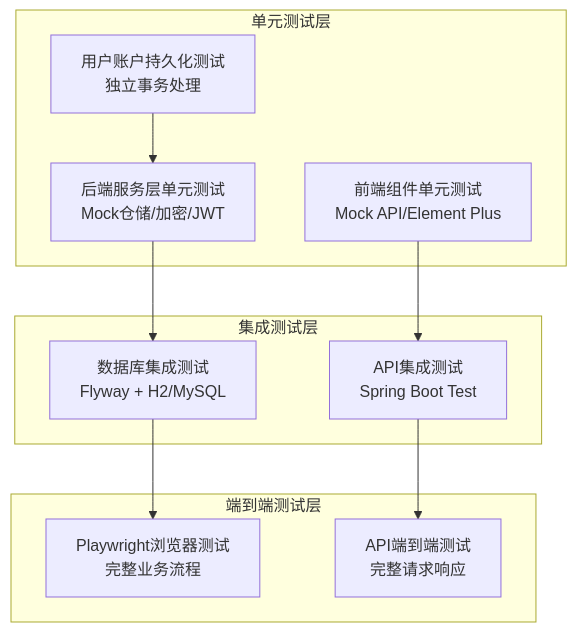
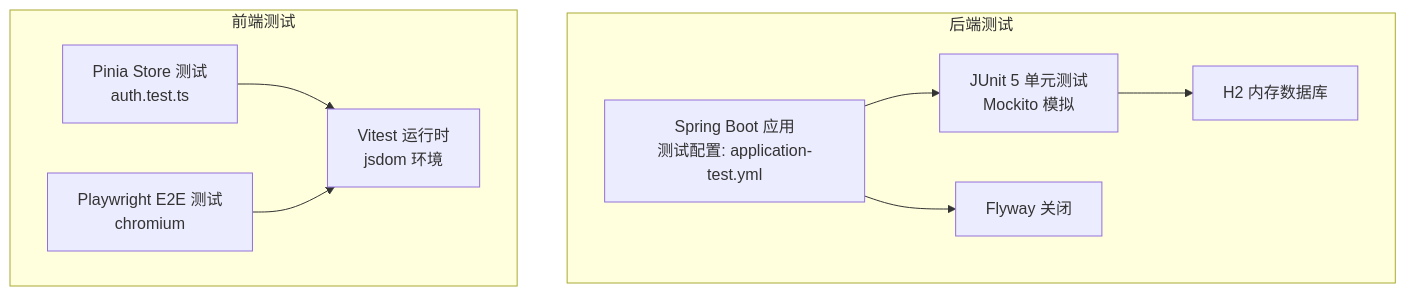
One commit to koala-xiong/communication-qoder changed the first of 6 diagrams in .qoder/repowiki/zh/content/测试策略/测试策略.md. Above: the diagram before and after it, drawn with Mermaid. The commit also changed other lines of this file and 73 other files, not shown here.

````diff
--- a/.qoder/repowiki/zh/content/测试策略/测试策略.md
+++ b/.qoder/repowiki/zh/content/测试策略/测试策略.md
@@ -56,21 +40,19 @@
 ```mermaid
 graph TB
-subgraph "单元测试层"
-UT1["后端服务层单元测试<br/>Mock仓储/加密/JWT"]
-UT2["前端组件单元测试<br/>Mock API/Element Plus"]
-UT3["用户账户持久化测试<br/>独立事务处理"]
+subgraph "后端测试"
+BApp["Spring Boot 应用<br/>测试配置: application-test.yml"]
+BUnit["JUnit 5 单元测试<br/>Mockito 模拟"]
+BH2["H2 内存数据库"]
+BFly["Flyway 关闭"]
 end
-subgraph "集成测试层"
-IT1["数据库集成测试<br/>Flyway + H2/MySQL"]
-IT2["API集成测试<br/>Spring Boot Test"]
+subgraph "前端测试"
+FStore["Pinia Store 测试<br/>auth.test.ts"]
+FVitest["Vitest 运行时<br/>jsdom 环境"]
+FE2E["Playwright E2E 测试<br/>chromium"]
 end
-subgraph "端到端测试层"
-E2E1["Playwright浏览器测试<br/>完整业务流程"]
-E2E2["API端到端测试<br/>完整请求响应"]
-end
-UT1 --> IT1
-UT2 --> IT2
-UT3 --> UT1
-IT1 --> E2E1
-IT2 --> E2E2
+BApp --> BUnit
+BUnit --> BH2
+BApp --> BFly
+FStore --> FVitest
+FE2E --> FVitest
 ```
````
